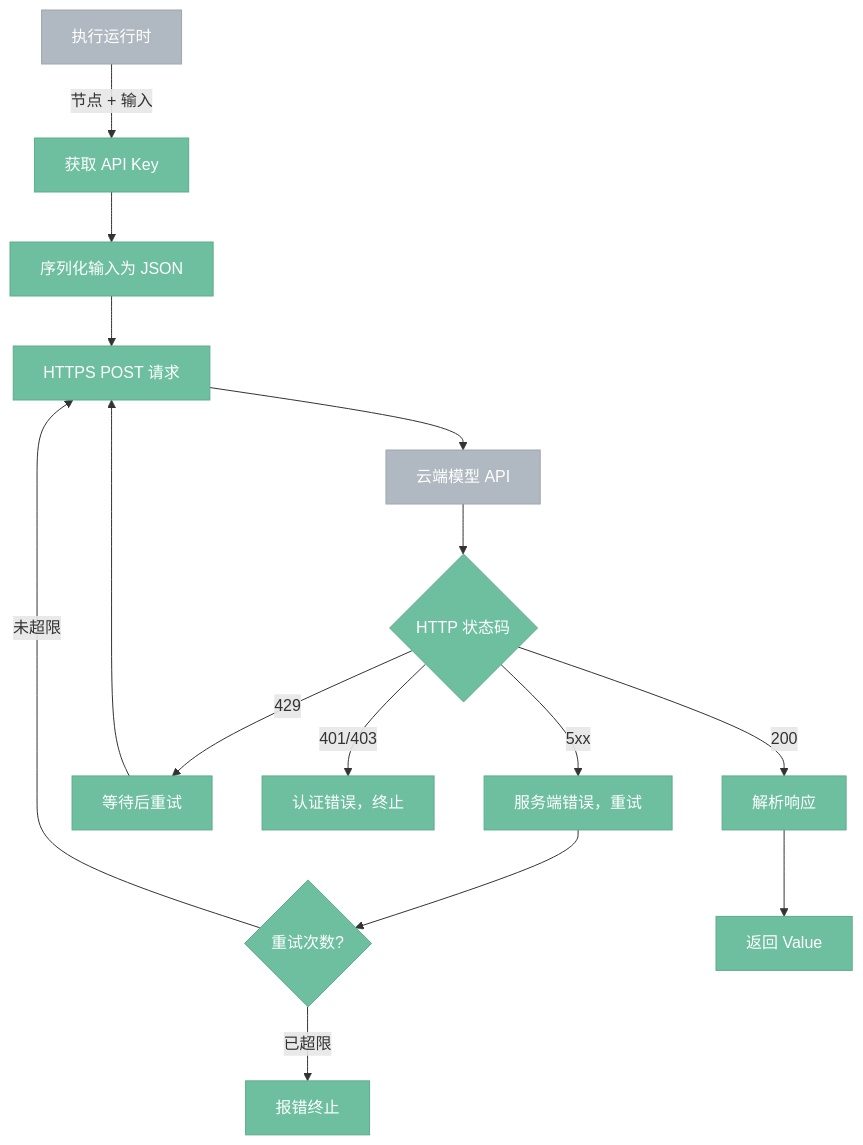
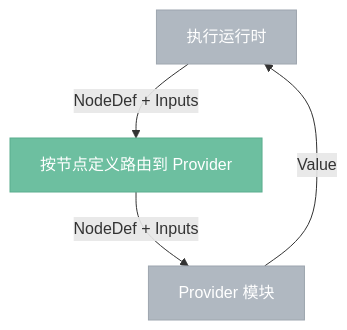
The second of 2 diagrams in docs/targetv3/411-executor-api.md (aporicho/nodeimg), drawn with Mermaid before and after one commit. The commit also changed other lines of this file and 12 other files, not shown here.

First line of the commit message:
docs(gui): 重构 API 执行器接口设计，新增 Provider 子文档和 GUI 子文档骨架

````diff
--- a/docs/targetv3/411-executor-api.md
+++ b/docs/targetv3/411-executor-api.md
@@ -30,21 +39,10 @@
 ```mermaid
 %%{ init: { 'flowchart': { 'curve': 'basis' } } }%%
 flowchart TB
     classDef internal fill:#6DBFA0,stroke:#5BAD8E,color:#fff
     classDef external fill:#B0B8C1,stroke:#9EA6AF,color:#fff
 
-    runtime["执行运行时"]:::external -->|"节点 + 输入"| getkey["获取 API Key"]:::internal
-    getkey --> serialize["序列化输入为 JSON"]:::internal
-    serialize --> send["HTTPS POST 请求"]:::internal
-    send --> cloud["云端模型 API"]:::external
-    cloud --> status{"HTTP 状态码"}:::internal
-    status -->|"200"| parse["解析响应"]:::internal
-    status -->|"429"| ratelimit["等待后重试"]:::internal
-    ratelimit --> send
-    status -->|"401/403"| autherr["认证错误，终止"]:::internal
-    status -->|"5xx"| servererr["服务端错误，重试"]:::internal
-    servererr --> retry{"重试次数?"}:::internal
-    retry -->|"未超限"| send
-    retry -->|"已超限"| fail["报错终止"]:::internal
-    parse --> result["返回 Value"]:::internal
+    runtime["执行运行时"]:::external -->|"NodeDef + Inputs"| dispatch["按节点定义路由到 Provider"]:::internal
+    dispatch -->|"NodeDef + Inputs"| provider["Provider 模块"]:::external
+    provider -->|"Value"| runtime
 ```
````
